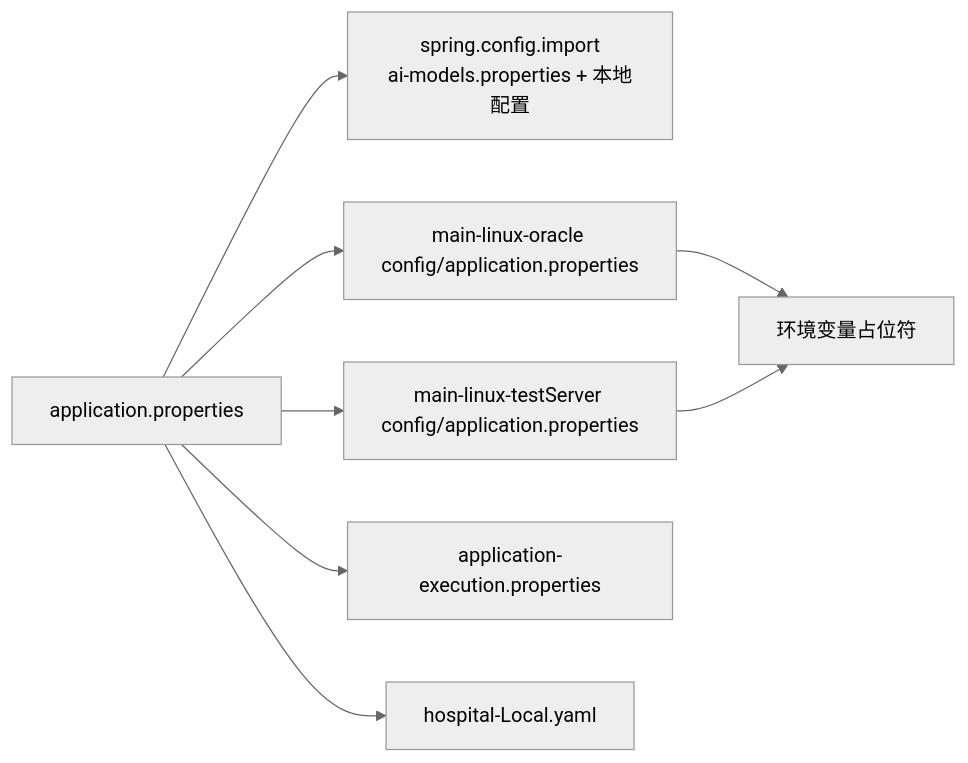
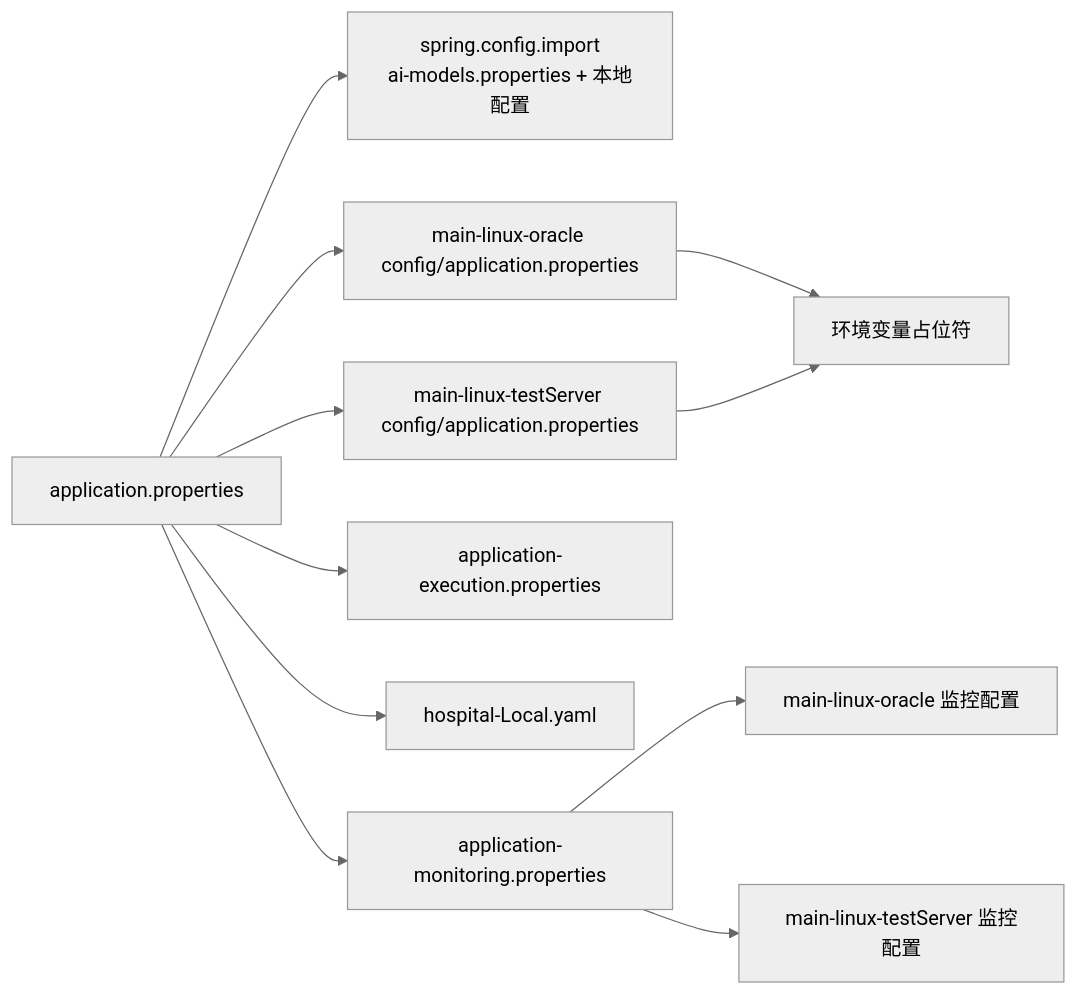
One commit to liuzh2008/med_ai_assistant_workspace changed the third of 4 diagrams in .qoder/repowiki/zh/content/配置管理/应用配置.md. Above: the diagram before and after it, drawn with Mermaid (neutral theme). The commit also changed other lines of this file and 4 other files, not shown here.

````diff
--- a/.qoder/repowiki/zh/content/配置管理/应用配置.md
+++ b/.qoder/repowiki/zh/content/配置管理/应用配置.md
@@ -273,10 +494,13 @@
 ```mermaid
 graph LR
 P["application.properties"] --> I["spring.config.import<br/>ai-models.properties + 本地配置"]
 P --> E1["main-linux-oracle config/application.properties"]
 P --> E2["main-linux-testServer config/application.properties"]
 P --> X["application-execution.properties"]
 P --> H["hospital-Local.yaml"]
+P --> M["application-monitoring.properties"]
+M --> M1["main-linux-oracle 监控配置"]
+M --> M2["main-linux-testServer 监控配置"]
 E1 --> V["环境变量占位符"]
 E2 --> V
 ```
````
